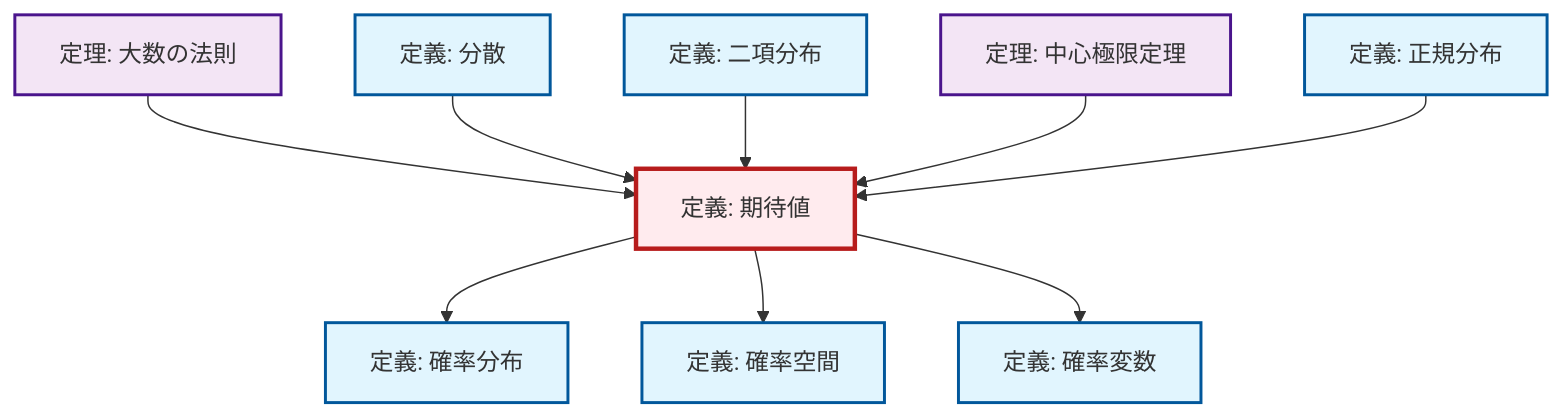
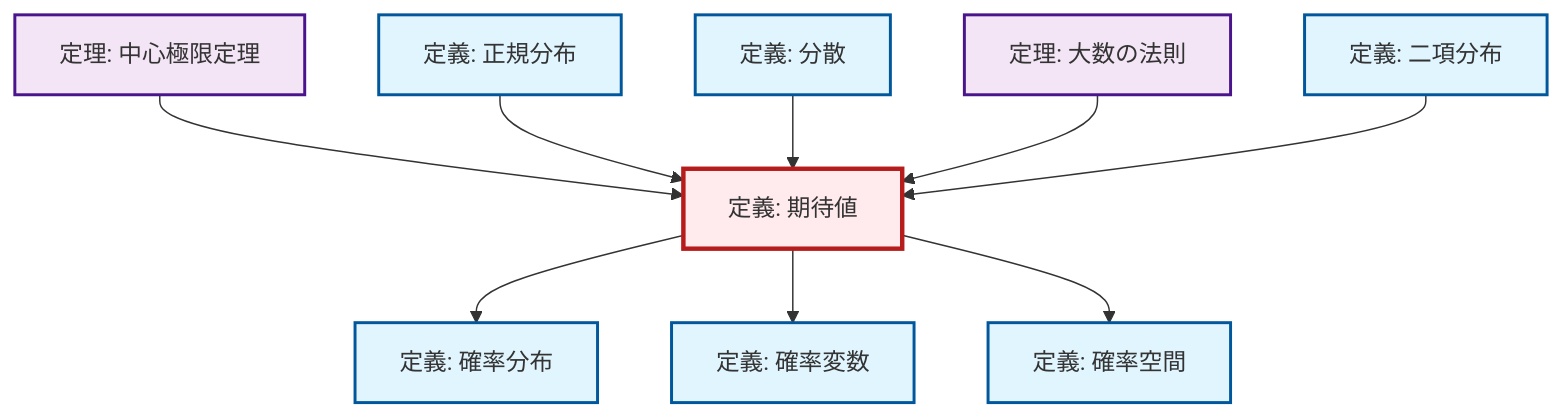
The diagram in output/mermaid/ja/def-expectation.mermaid (RK0429/ModernMath), drawn with Mermaid before and after one commit. The commit also changed other lines of this file and 321 other files, not shown here.

```diff
--- a/output/mermaid/ja/def-expectation.mermaid
+++ b/output/mermaid/ja/def-expectation.mermaid
@@ -1,25 +1,25 @@
 %%| fig-cap: "Local dependency graph"
 graph TD
     classDef definition fill:#e1f5fe,stroke:#01579b,stroke-width:2px
     classDef theorem fill:#f3e5f5,stroke:#4a148c,stroke-width:2px
     classDef axiom fill:#fff3e0,stroke:#e65100,stroke-width:2px
     classDef example fill:#e8f5e9,stroke:#1b5e20,stroke-width:2px
     classDef current fill:#ffebee,stroke:#b71c1c,stroke-width:3px
+    thm-central-limit["定理: 中心極限定理"]:::theorem
+    thm-law-of-large-numbers["定理: 大数の法則"]:::theorem
     def-probability-space["定義: 確率空間"]:::definition
+    def-probability-distribution["定義: 確率分布"]:::definition
+    def-expectation["定義: 期待値"]:::definition
+    def-normal-distribution["定義: 正規分布"]:::definition
+    def-variance["定義: 分散"]:::definition
     def-binomial-distribution["定義: 二項分布"]:::definition
-    thm-law-of-large-numbers["定理: 大数の法則"]:::theorem
-    thm-central-limit["定理: 中心極限定理"]:::theorem
-    def-normal-distribution["定義: 正規分布"]:::definition
-    def-probability-distribution["定義: 確率分布"]:::definition
     def-random-variable["定義: 確率変数"]:::definition
-    def-expectation["定義: 期待値"]:::definition
-    def-variance["定義: 分散"]:::definition
+    thm-central-limit --> def-expectation
     def-expectation --> def-probability-distribution
+    def-normal-distribution --> def-expectation
+    def-expectation --> def-random-variable
+    def-variance --> def-expectation
+    thm-law-of-large-numbers --> def-expectation
+    def-binomial-distribution --> def-expectation
     def-expectation --> def-probability-space
-    def-expectation --> def-random-variable
-    thm-law-of-large-numbers --> def-expectation
-    def-variance --> def-expectation
-    def-binomial-distribution --> def-expectation
-    thm-central-limit --> def-expectation
-    def-normal-distribution --> def-expectation
     class def-expectation current
```
